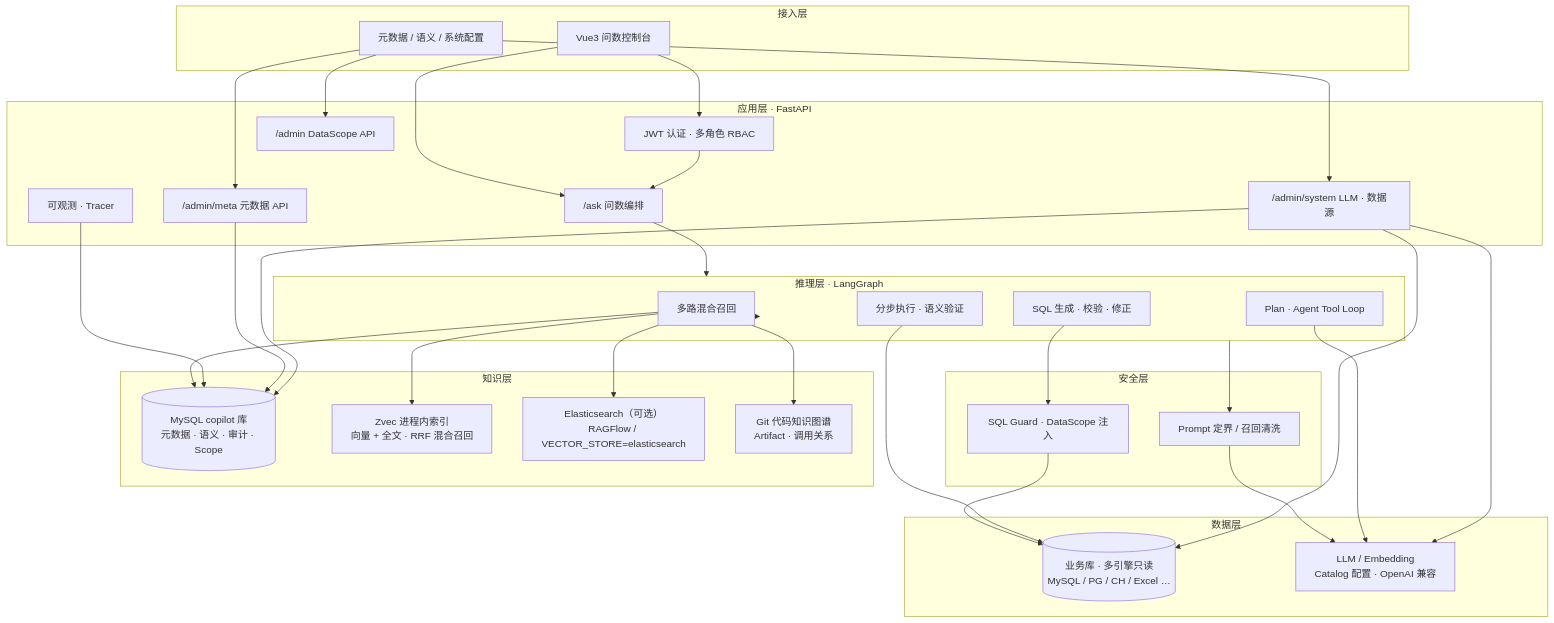
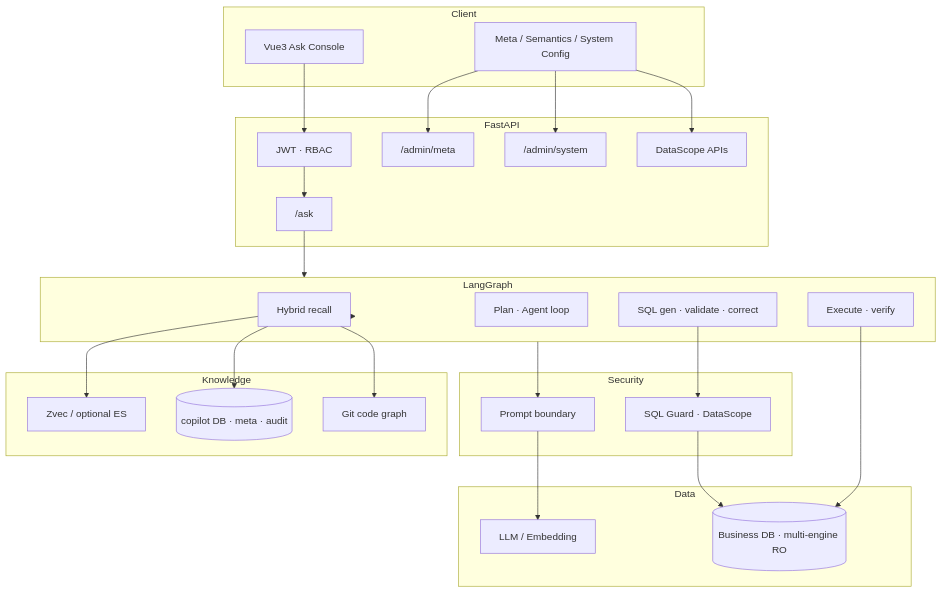
One commit to yanqiuping110-cloud/xb-data-copilot-bot changed the diagram in README.md. Above: the diagram before and after it, drawn with Mermaid. The commit also changed other lines of this file and 1 other file, not shown here.

Commit message:
Add English README as GitHub homepage; keep Chinese in README.zh-CN.

````diff
--- a/README.md
+++ b/README.md
@@ -94,64 +81,49 @@
 ```mermaid
 flowchart TB
-    subgraph Client["接入层"]
-        UI["Vue3 问数控制台"]
-        Admin["元数据 / 语义 / 系统配置"]
+    subgraph Client
+        UI["Vue3 Ask Console"]
+        Admin["Meta / Semantics / System Config"]
     end
 
-    subgraph API["应用层 · FastAPI"]
-        Auth["JWT 认证 · 多角色 RBAC"]
-        Ask["/ask 问数编排"]
-        Meta["/admin/meta 元数据 API"]
-        Sys["/admin/system LLM · 数据源"]
-        Scope["/admin  DataScope API"]
-        Obs["可观测 · Tracer"]
+    subgraph API["FastAPI"]
+        Auth["JWT · RBAC"]
+        Ask["/ask"]
+        Meta["/admin/meta"]
+        Sys["/admin/system"]
+        Scope["DataScope APIs"]
     end
 
-    subgraph Agent["推理层 · LangGraph"]
-        Recall["多路混合召回"]
-        Plan["Plan · Agent Tool Loop"]
-        SQLGen["SQL 生成 · 校验 · 修正"]
-        Exec["分步执行 · 语义验证"]
+    subgraph Agent["LangGraph"]
+        Recall["Hybrid recall"]
+        Plan["Plan · Agent loop"]
+        SQLGen["SQL gen · validate · correct"]
+        Exec["Execute · verify"]
     end
 
-    subgraph Security["安全层"]
-        PB["Prompt 定界 / 召回清洗"]
-        Guard["SQL Guard · DataScope 注入"]
+    subgraph Security
+        PB["Prompt boundary"]
+        Guard["SQL Guard · DataScope"]
     end
 
-    subgraph Knowledge["知识层"]
-        MySQLMeta[("MySQL copilot 库<br/>元数据 · 语义 · 审计 · Scope")]
-        Zvec["Zvec 进程内索引<br/>向量 + 全文 · RRF 混合召回"]
-        ES["Elasticsearch（可选）<br/>RAGFlow / VECTOR_STORE=elasticsearch"]
-        CodeKG["Git 代码知识图谱<br/>Artifact · 调用关系"]
+    subgraph Knowledge
+        CopilotDB[("copilot DB · meta · audit")]
+        Zvec["Zvec / optional ES"]
+        CodeKG["Git code graph"]
     end
 
-    subgraph Data["数据层"]
-        BizDB[("业务库 · 多引擎只读<br/>MySQL / PG / CH / Excel …")]
-        LLM["LLM / Embedding<br/>Catalog 配置 · OpenAI 兼容"]
+    subgraph Data
+        BizDB[("Business DB · multi-engine RO")]
+        LLM["LLM / Embedding"]
     end
 
-    UI --> Auth
+    UI --> Auth --> Ask --> Agent
     Admin --> Meta
+    Admin --> Sys
     Admin --> Scope
-    Admin --> Sys
-    UI --> Ask
-    Ask --> Agent
-    Auth --> Ask
-    Agent --> Recall
-    Recall --> Zvec
-    Recall --> ES
-    Recall --> MySQLMeta
+    Agent --> Recall --> Zvec
+    Recall --> CopilotDB
     Recall --> CodeKG
-    Agent --> PB
-    PB --> LLM
-    Plan --> LLM
-    SQLGen --> Guard
-    Guard --> BizDB
+    Agent --> PB --> LLM
+    SQLGen --> Guard --> BizDB
     Exec --> BizDB
-    Obs --> MySQLMeta
-    Meta --> MySQLMeta
-    Sys --> MySQLMeta
-    Sys --> LLM
-    Sys --> BizDB
 ```
````
